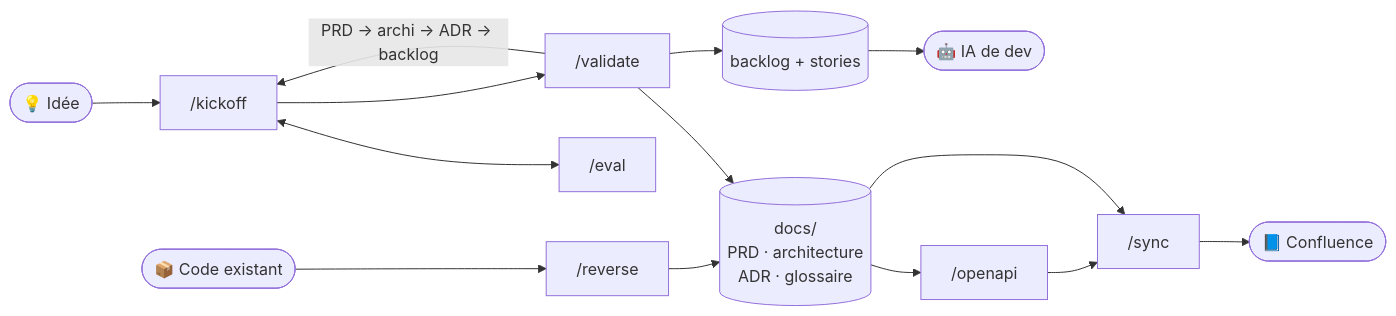
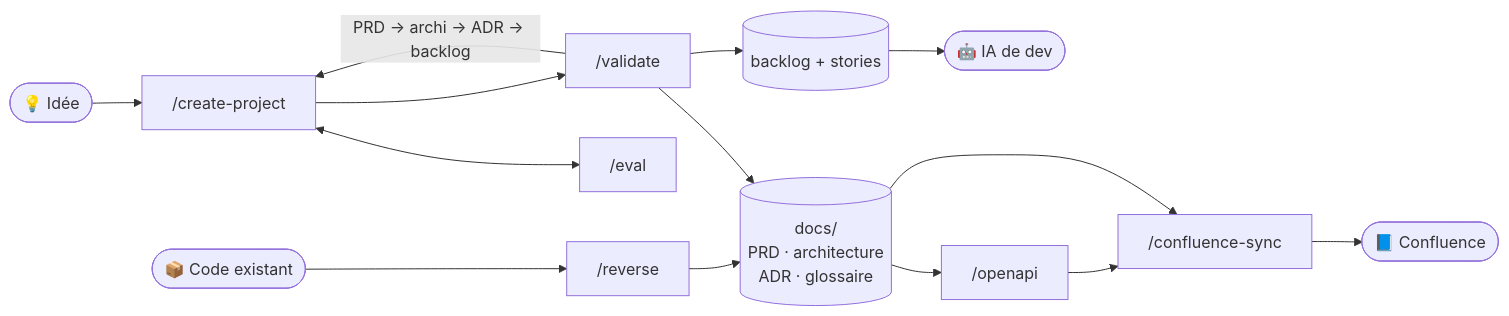
One commit to ouakeds/sohub-plugins-kickoff changed the diagram in README.md. Above: the diagram before and after it, drawn with Mermaid. The commit also changed other lines of this file and 30 other files, not shown here.

First line of the commit message:
sohub-plugins-spec 0.13.0 : renommages anglais, /create-ticket, /create-project, /install

````diff
--- a/README.md
+++ b/README.md
@@ -38,16 +38,16 @@
 ```mermaid
 flowchart LR
-    I([💡 Idée]) --> K["/kickoff"]
+    I([💡 Idée]) --> K["/create-project"]
     C([📦 Code existant]) --> R["/reverse"]
     K <--> E["/eval"]
     K --> V["/validate"]
     V -->|PRD → archi → ADR → backlog| K
     R --> D[(docs/<br/>PRD · architecture<br/>ADR · glossaire)]
     V --> D
     D --> O["/openapi"]
-    O --> S["/sync"]
+    O --> S["/confluence-sync"]
     D --> S
     S --> CF([📘 Confluence])
     V --> B[(backlog + stories)]
     B --> DEV([🤖 IA de dev])
 ```
````
